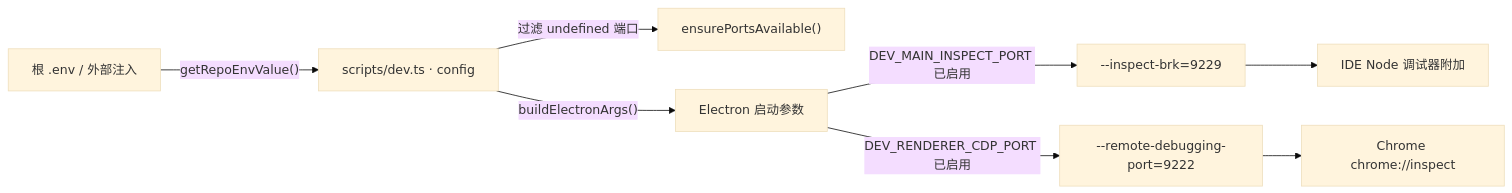
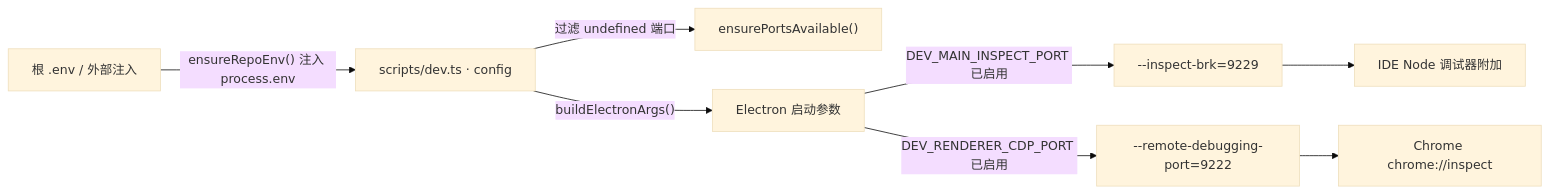
One commit to BanShan-Alec/electron-react-monorepo-template changed the diagram in packages/docs/src/pages/dx/debug-port.md. Above: the diagram before and after it, drawn with Mermaid (base theme). The commit also changed other lines of this file and 4 other files, not shown here.

Commit message:
docs(docs): 同步 CONTRIBUTING 与文档站至 ensureRepoEnv 入口

````diff
--- a/packages/docs/src/pages/dx/debug-port.md
+++ b/packages/docs/src/pages/dx/debug-port.md
@@ -23,10 +23,10 @@
 ```mermaid
 flowchart LR
-  env["根 .env / 外部注入"] -->|"getRepoEnvValue()"| config["scripts/dev.ts · config"]
+  env["根 .env / 外部注入"] -->|"ensureRepoEnv() 注入 process.env"| config["scripts/dev.ts · config"]
   config -->|"过滤 undefined 端口"| guard["ensurePortsAvailable()"]
   config -->|"buildElectronArgs()"| args["Electron 启动参数"]
   args -->|"DEV_MAIN_INSPECT_PORT 已启用"| inspect["--inspect-brk=9229"]
   args -->|"DEV_RENDERER_CDP_PORT 已启用"| cdp["--remote-debugging-port=9222"]
   inspect --> ide["IDE Node 调试器附加"]
   cdp --> chrome["Chrome chrome://inspect"]
 ```
````
